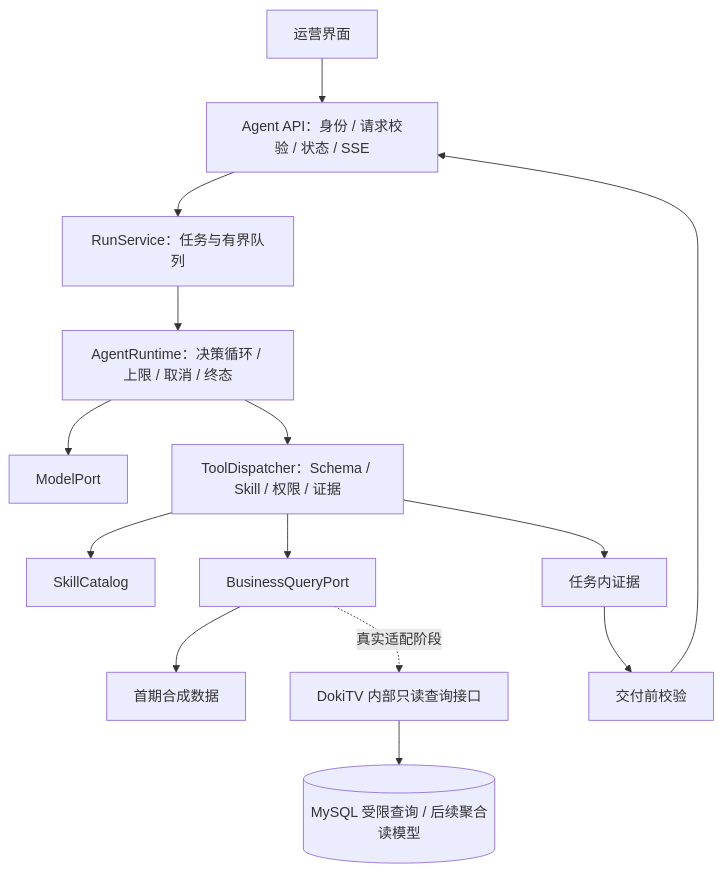
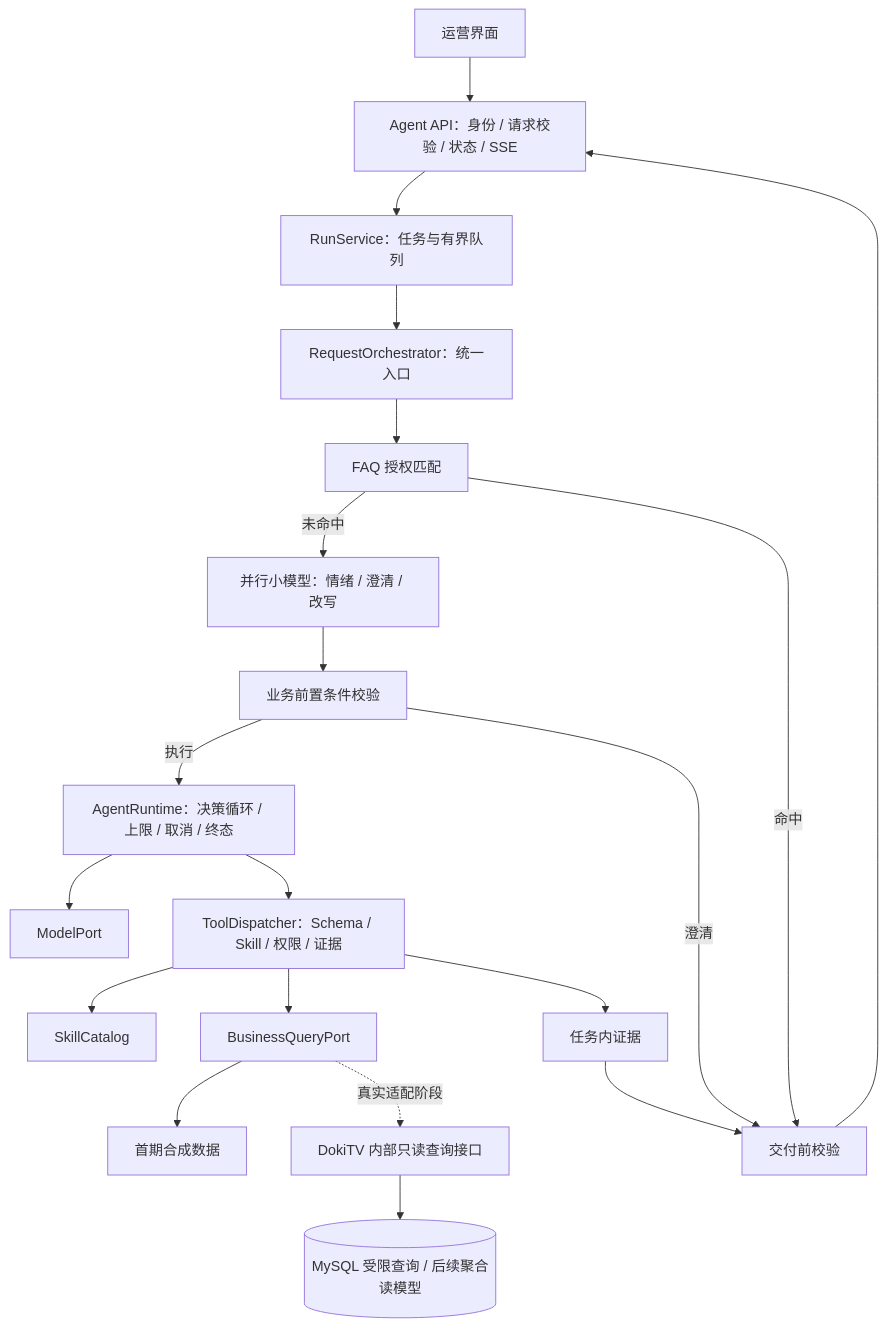
Before and after one commit to blackirlsama/DokiTV: the diagram in dokitv-agent-starter/docs/架构与分工方案.md, drawn with Mermaid. The commit also changed other lines of this file and 120 other files, not shown here.

First line of the commit message:
feat(agent): 持久化存储 + DeepSeek 模型接入 + 并行预处理 + FAQ 直答

````diff
--- a/dokitv-agent-starter/docs/架构与分工方案.md
+++ b/dokitv-agent-starter/docs/架构与分工方案.md
@@ -31,16 +33,22 @@
 ```mermaid
 flowchart TD
   UI[运营界面] --> API[Agent API：身份 / 请求校验 / 状态 / SSE]
   API --> RUN[RunService：任务与有界队列]
-  RUN --> LOOP[AgentRuntime：决策循环 / 上限 / 取消 / 终态]
+  RUN --> ORCH[RequestOrchestrator：统一入口]
+  ORCH --> FAQ[FAQ 授权匹配]
+  FAQ -->|未命中| PREP[并行小模型：情绪 / 澄清 / 改写]
+  PREP --> CHECK[业务前置条件校验]
+  CHECK -->|执行| LOOP[AgentRuntime：决策循环 / 上限 / 取消 / 终态]
+  CHECK -->|澄清| VERIFY
+  FAQ -->|命中| VERIFY
   LOOP --> MODEL[ModelPort]
   LOOP --> TOOLS[ToolDispatcher：Schema / Skill / 权限 / 证据]
   TOOLS --> SKILL[SkillCatalog]
   TOOLS --> QUERY[BusinessQueryPort]
   QUERY --> DEMO[首期合成数据]
   QUERY -.真实适配阶段.-> FACADE[DokiTV 内部只读查询接口]
   FACADE --> READ[(MySQL 受限查询 / 后续聚合读模型)]
   TOOLS --> RESULT[任务内证据]
   RESULT --> VERIFY[交付前校验]
   VERIFY --> API
 ```
````
